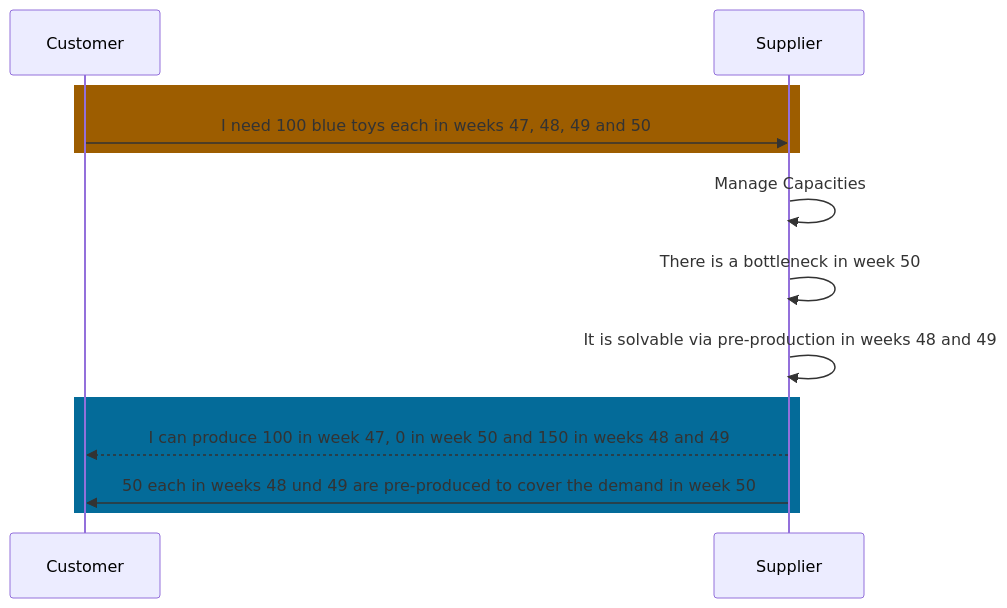
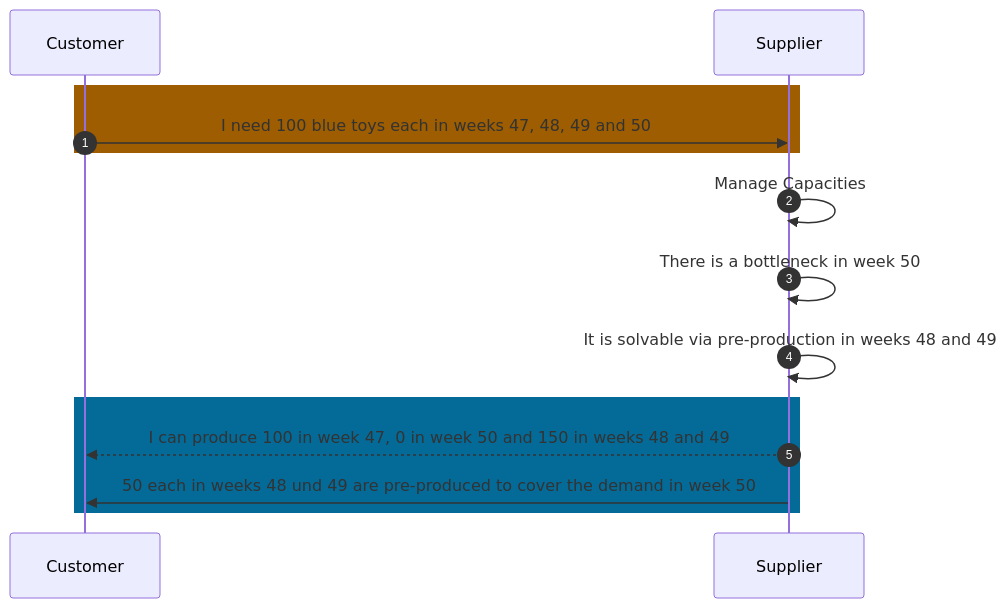
Before and after one commit to eclipse-tractusx/eclipse-tractusx.github.io: the diagram in docs-kits/kits/Demand and Capacity Management Kit/adoption-view/use-case/delta-production.md, drawn with Mermaid. The commit also changed 12 other files, not shown here.

Commit message:
Added numbering to sequence diagrams

````diff
--- a/docs-kits/kits/Demand and Capacity Management Kit/adoption-view/use-case/delta-production.md
+++ b/docs-kits/kits/Demand and Capacity Management Kit/adoption-view/use-case/delta-production.md
@@ -110,16 +110,17 @@
 ```mermaid
 sequenceDiagram
+autonumber
 Participant c as Customer
 Participant s as Supplier
 rect rgb(157,93,00) 
-c->>s: I need 100 blue toys each in weeks 47, 48, 49 and 50
+    c->>s: I need 100 blue toys each in weeks 47, 48, 49 and 50
 end
 s->>s: Manage Capacities
 s->>s: There is a bottleneck in week 50
 s->>s: It is solvable via pre-production in weeks 48 and 49  
-
 rect rgb(4,107,153)
-s-->>c: I can produce 100 in week 47, 0 in week 50 and 150 in weeks 48 and 49
-s->>c: 50 each in weeks 48 und 49 are pre-produced to cover the demand in week 50
+    s-->>c: I can produce 100 in week 47, 0 in week 50 and 150 in weeks 48 and 49
+    autonumber off
+    s->>c: 50 each in weeks 48 und 49 are pre-produced to cover the demand in week 50
 end
 ```
````
